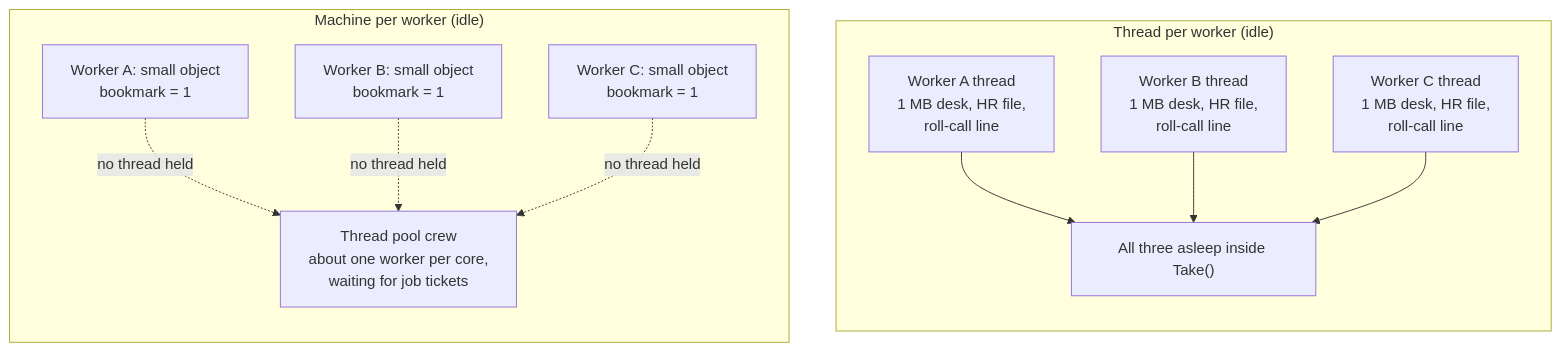
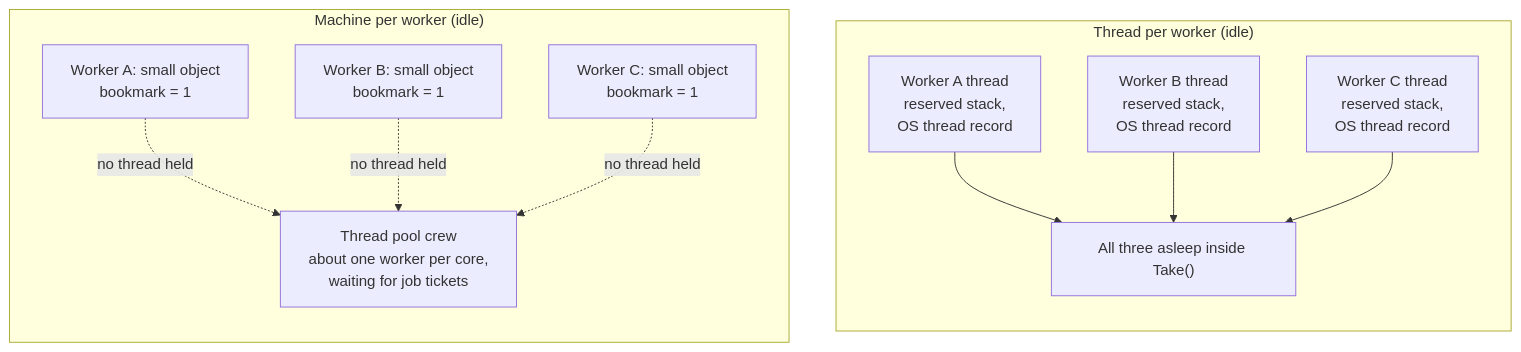
One commit to mmpworks/MMP.AsyncProxy changed the first of 6 diagrams in docs/course/10-waiting-without-a-thread.md. Above: the diagram before and after it, drawn with Mermaid. The commit also changed other lines of this file and 14 other files, not shown here.

````diff
--- a/docs/course/10-waiting-without-a-thread.md
+++ b/docs/course/10-waiting-without-a-thread.md
@@ -115,23 +115,23 @@
 ```mermaid
 flowchart TB
     subgraph THREADS["Thread per worker (idle)"]
         direction TB
-        thA["Worker A thread<br/>1 MB desk, HR file,<br/>roll-call line"]
-        thB["Worker B thread<br/>1 MB desk, HR file,<br/>roll-call line"]
-        thC["Worker C thread<br/>1 MB desk, HR file,<br/>roll-call line"]
+        thA["Worker A thread<br/>reserved stack,<br/>OS thread record"]
+        thB["Worker B thread<br/>reserved stack,<br/>OS thread record"]
+        thC["Worker C thread<br/>reserved stack,<br/>OS thread record"]
         takeCall["All three asleep inside Take()"]
         thA --> takeCall
         thB --> takeCall
         thC --> takeCall
     end
     subgraph MACHINES["Machine per worker (idle)"]
         direction TB
         mA["Worker A: small object<br/>bookmark = 1"]
         mB["Worker B: small object<br/>bookmark = 1"]
         mC["Worker C: small object<br/>bookmark = 1"]
         crew["Thread pool crew<br/>about one worker per core,<br/>waiting for job tickets"]
         mA -.->|"no thread held"| crew
         mB -.->|"no thread held"| crew
         mC -.->|"no thread held"| crew
     end
 ```
````
